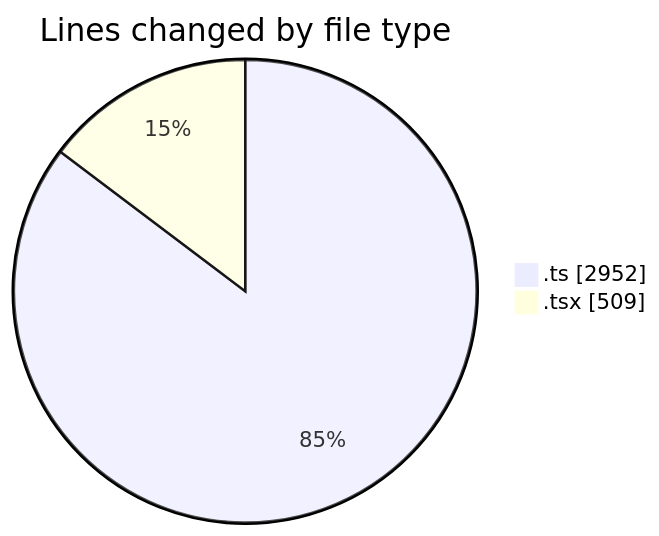
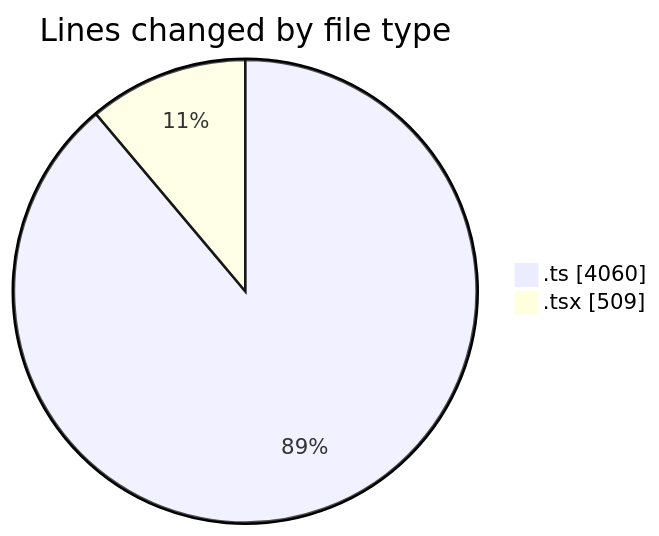
Before and after one commit to momahboobian/code-tracking: the first of 2 diagrams in 2025-11-28/cda/README.md, drawn with Mermaid. The commit also changed other lines of this file and 1 other file, not shown here.

````diff
--- a/2025-11-28/cda/README.md
+++ b/2025-11-28/cda/README.md
@@ -23,6 +23,6 @@
 ```mermaid
 pie showData
 title Lines changed by file type
-".ts" : 2952
+".ts" : 4060
 ".tsx" : 509
 ```
````
